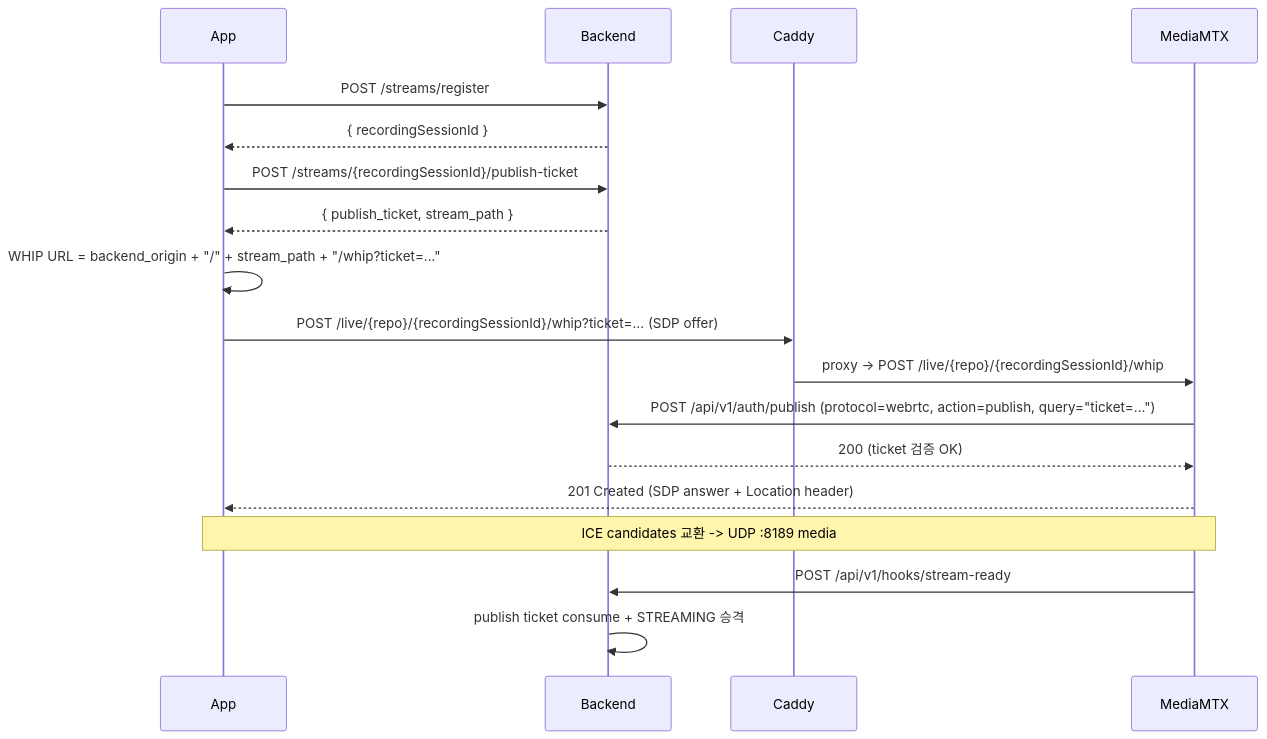
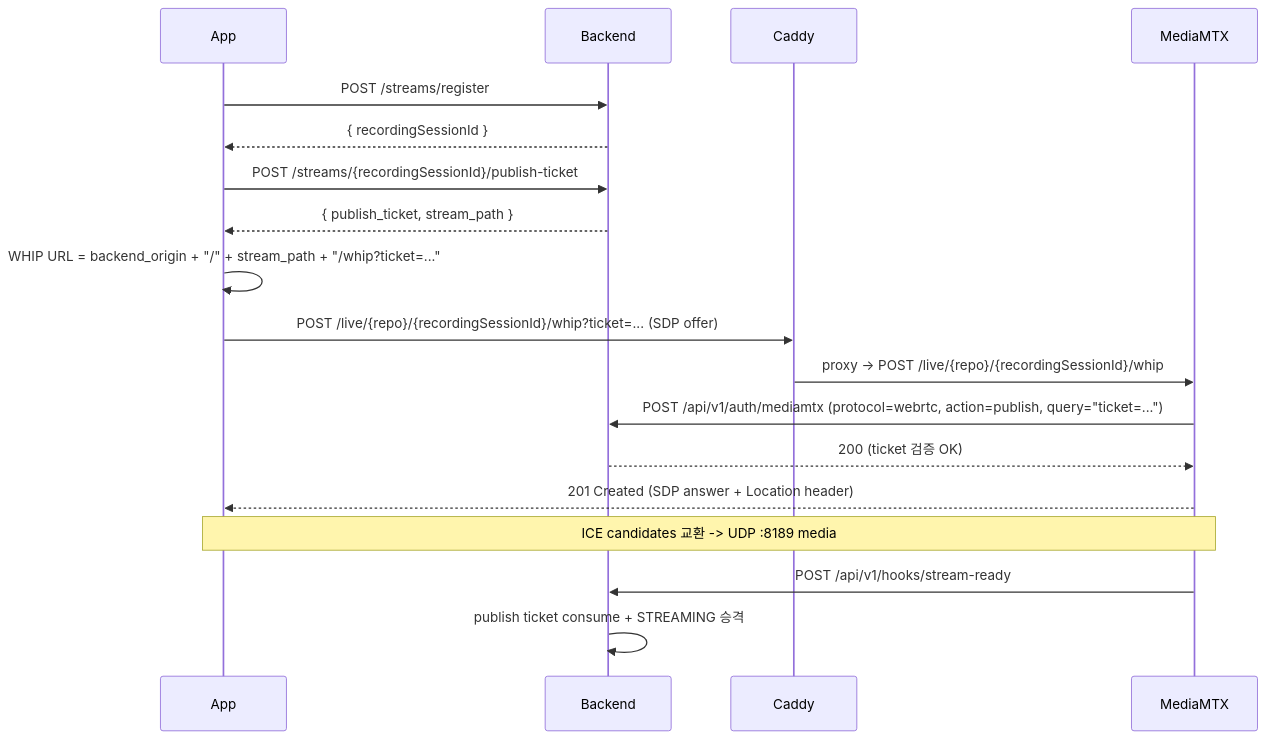
Before and after one commit to ego-flow/ego-flow-server: the second of 2 diagrams in docs/13. http_streaming.md, drawn with Mermaid. The commit also changed other lines of this file and 32 other files, not shown here.

````diff
--- a/docs/13. http_streaming.md
+++ b/docs/13. http_streaming.md
@@ -56,21 +55,21 @@
 ```mermaid
 sequenceDiagram
     participant App
     participant BE as Backend
     participant Caddy
     participant MTX as MediaMTX
 
     App->>BE: POST /streams/register
     BE-->>App: { recordingSessionId }
     App->>BE: POST /streams/{recordingSessionId}/publish-ticket
     BE-->>App: { publish_ticket, stream_path }
     App->>App: WHIP URL = backend_origin + "/" + stream_path + "/whip?ticket=..."
     App->>Caddy: POST /live/{repo}/{recordingSessionId}/whip?ticket=... (SDP offer)
     Caddy->>MTX: proxy -> POST /live/{repo}/{recordingSessionId}/whip
-    MTX->>BE: POST /api/v1/auth/publish (protocol=webrtc, action=publish, query="ticket=...")
+    MTX->>BE: POST /api/v1/auth/mediamtx (protocol=webrtc, action=publish, query="ticket=...")
     BE-->>MTX: 200 (ticket 검증 OK)
     MTX-->>App: 201 Created (SDP answer + Location header)
     Note over App,MTX: ICE candidates 교환 -> UDP :8189 media
     MTX->>BE: POST /api/v1/hooks/stream-ready
     BE->>BE: publish ticket consume + STREAMING 승격
 ```
````
